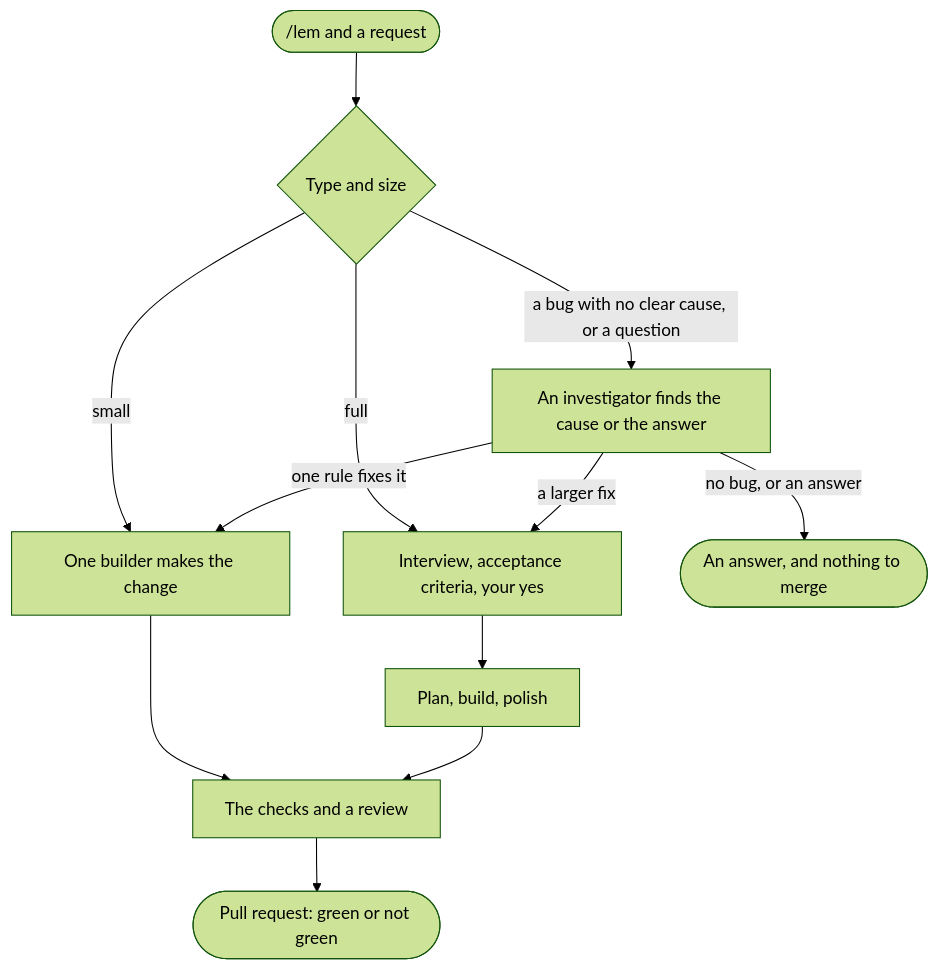
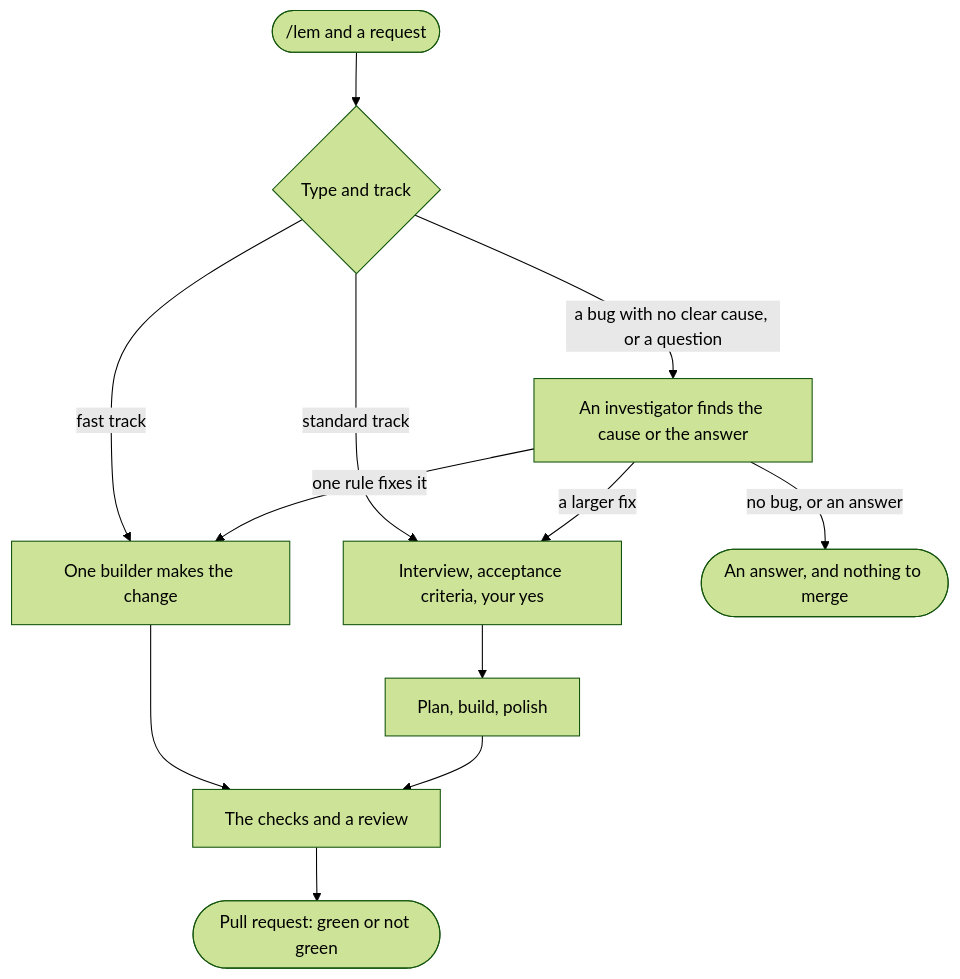
One commit to pySilver/lem changed the diagram in docs/flow.md. Above: the diagram before and after it, drawn with Mermaid (forest theme). The commit also changed other lines of this file and 5 other files, not shown here.

First line of the commit message:
docs: the README and the guides name the fast track and the standard track

````diff
--- a/docs/flow.md
+++ b/docs/flow.md
@@ -3,14 +3,14 @@
 ```mermaid
 flowchart TD
-    req([/lem and a request]) --> size{Type and size}
-    size -- small --> one[One builder makes the change]
-    size -- full --> crit[Interview, acceptance criteria, your yes]
-    size -- a bug with no clear cause, or a question --> inv[An investigator finds the cause or the answer]
+    req([/lem and a request]) --> track{Type and track}
+    track -- fast track --> one[One builder makes the change]
+    track -- standard track --> crit[Interview, acceptance criteria, your yes]
+    track -- a bug with no clear cause, or a question --> inv[An investigator finds the cause or the answer]
     inv -- one rule fixes it --> one
     inv -- a larger fix --> crit
     inv -- no bug, or an answer --> stop([An answer, and nothing to merge])
     crit --> plan[Plan, build, polish]
     one --> checks[The checks and a review]
     plan --> checks
     checks --> pr([Pull request: green or not green])
 ```
````
